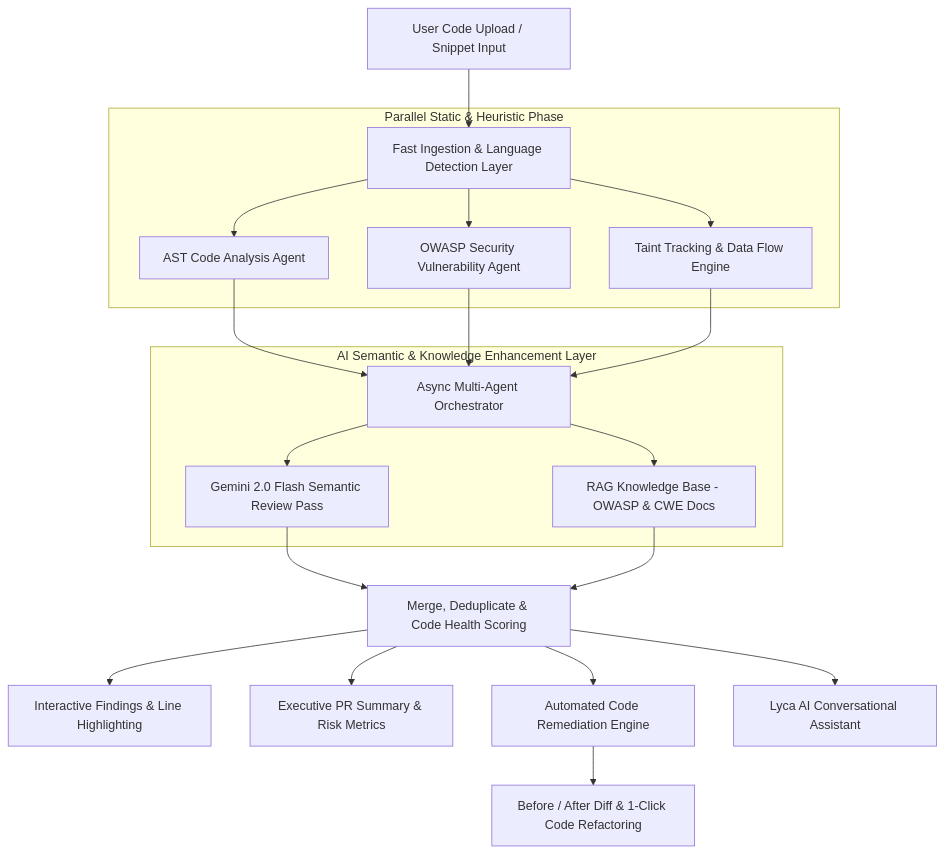
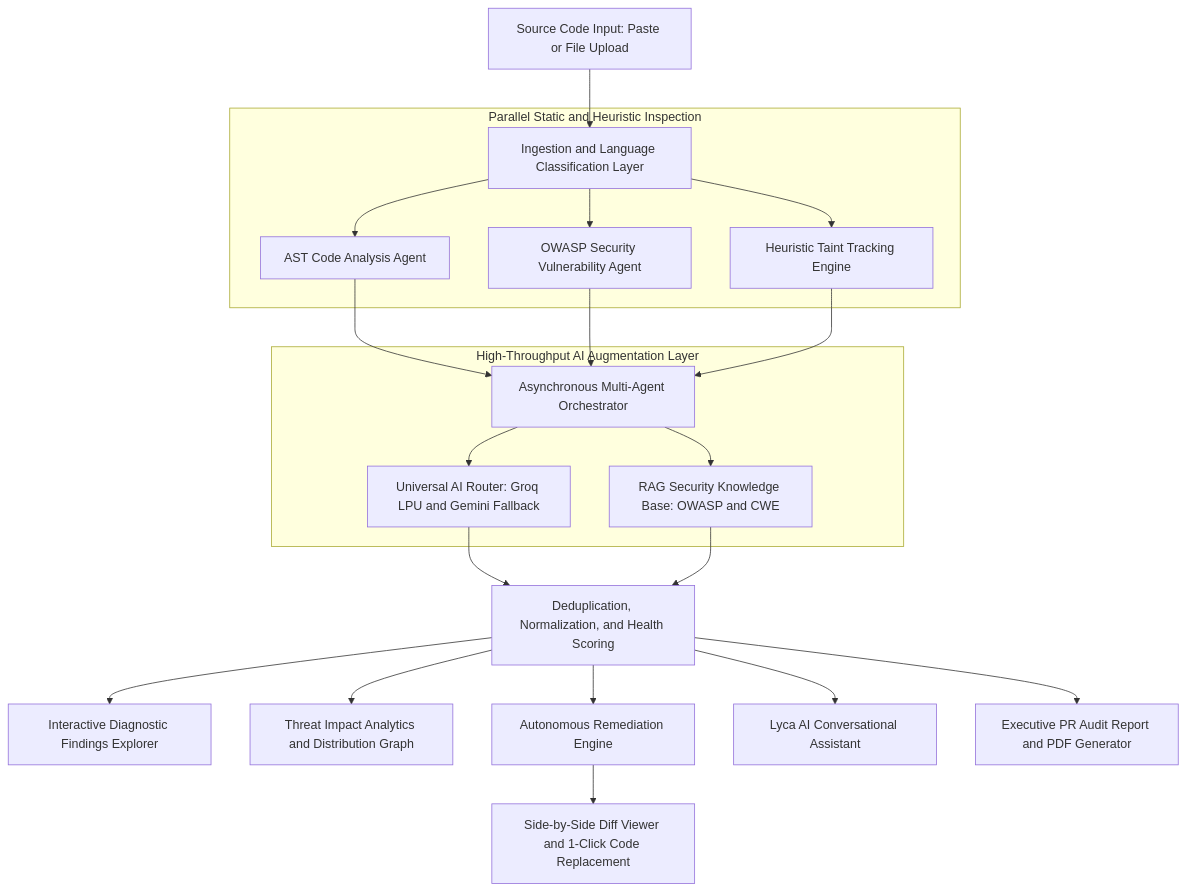
The diagram in README.md (Rafi0496/AI-Code-Review-Security-Analysis-Agent), drawn with Mermaid before and after one commit. The commit also changed other lines of this file and 1 other file, not shown here.

````diff
--- a/README.md
+++ b/README.md
@@ -25,29 +27,30 @@
 ```mermaid
 flowchart TD
-    A[User Code Upload / Snippet Input] --> B[Fast Ingestion & Language Detection Layer]
+    A[Source Code Input: Paste or File Upload] --> B[Ingestion and Language Classification Layer]
     
-    subgraph Parallel Static & Heuristic Phase
+    subgraph Parallel Static and Heuristic Inspection
         B --> C1[AST Code Analysis Agent]
         B --> C2[OWASP Security Vulnerability Agent]
-        B --> C3[Taint Tracking & Data Flow Engine]
+        B --> C3[Heuristic Taint Tracking Engine]
     end
     
-    C1 --> D[Async Multi-Agent Orchestrator]
+    C1 --> D[Asynchronous Multi-Agent Orchestrator]
     C2 --> D
     C3 --> D
     
-    subgraph AI Semantic & Knowledge Enhancement Layer
-        D --> E[Gemini 2.0 Flash Semantic Review Pass]
-        D --> F[RAG Knowledge Base - OWASP & CWE Docs]
+    subgraph High-Throughput AI Augmentation Layer
+        D --> E[Universal AI Router: Groq LPU and Gemini Fallback]
+        D --> F[RAG Security Knowledge Base: OWASP and CWE]
     end
     
-    E --> G[Merge, Deduplicate & Code Health Scoring]
+    E --> G[Deduplication, Normalization, and Health Scoring]
     F --> G
     
-    G --> H1[Interactive Findings & Line Highlighting]
-    G --> H2[Executive PR Summary & Risk Metrics]
-    G --> H3[Automated Code Remediation Engine]
+    G --> H1[Interactive Diagnostic Findings Explorer]
+    G --> H2[Threat Impact Analytics and Distribution Graph]
+    G --> H3[Autonomous Remediation Engine]
     G --> H4[Lyca AI Conversational Assistant]
+    G --> H5[Executive PR Audit Report and PDF Generator]
 
-    H3 --> I[Before / After Diff & 1-Click Code Refactoring]
+    H3 --> I[Side-by-Side Diff Viewer and 1-Click Code Replacement]
 ```
````
